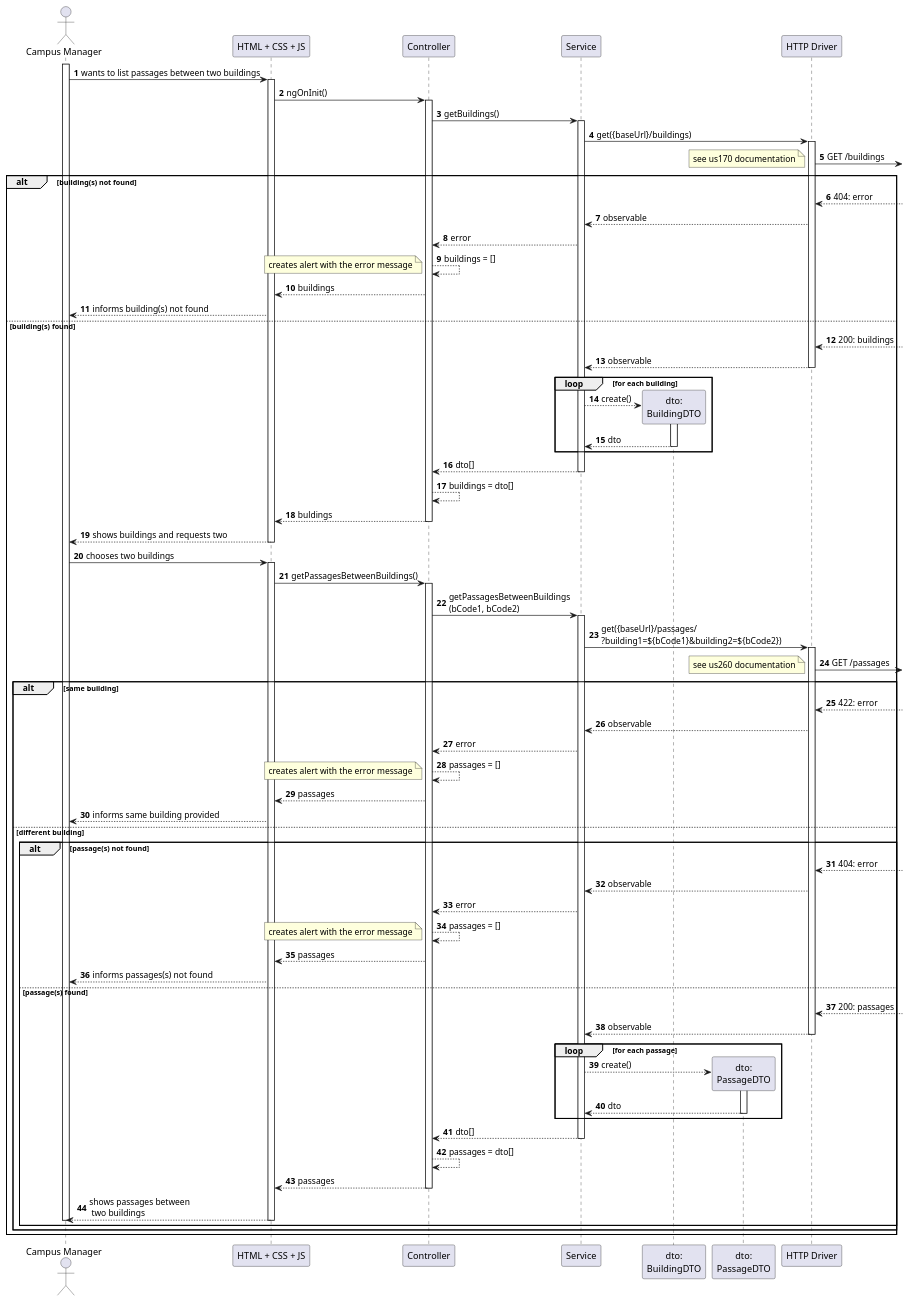
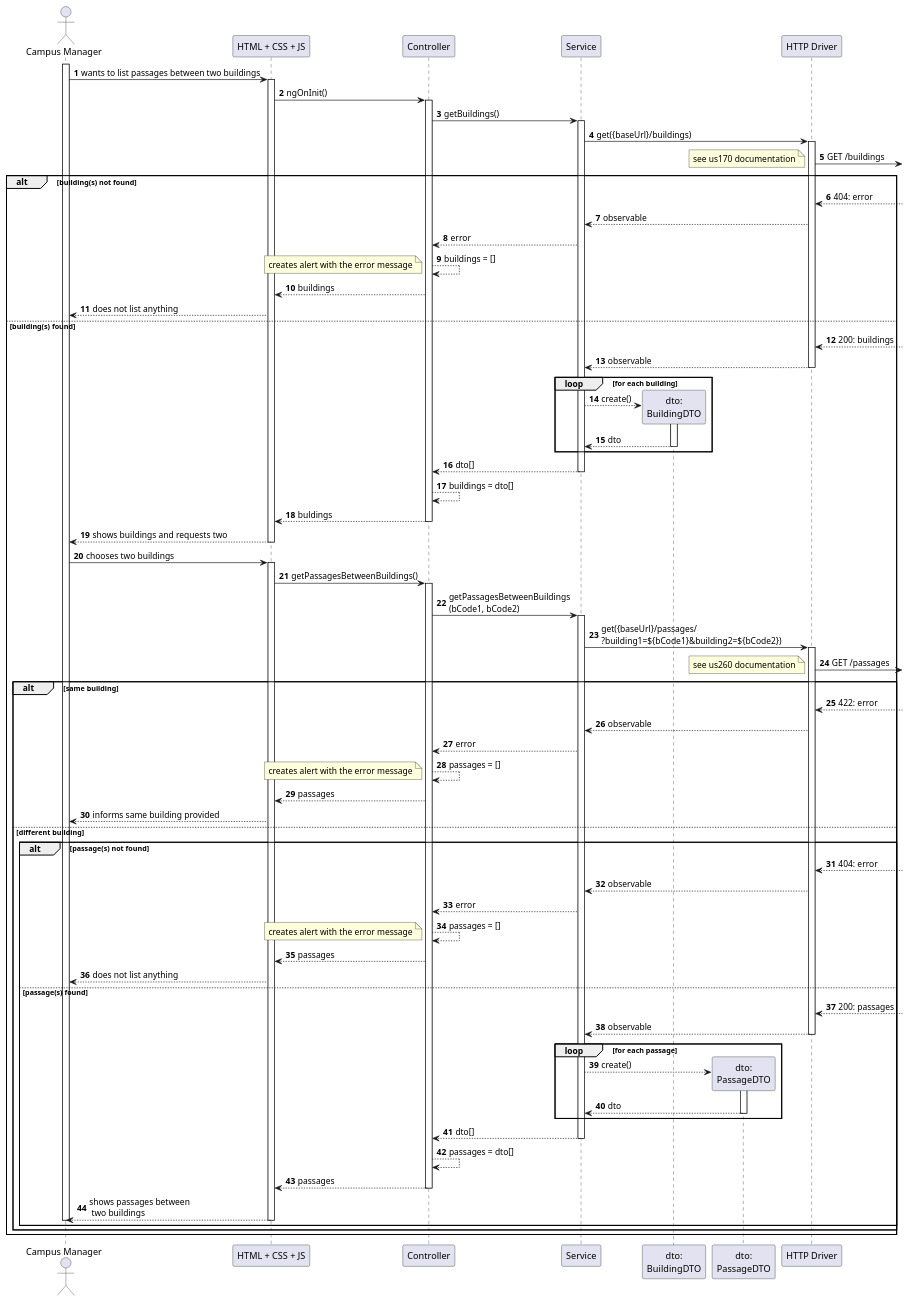
One commit to Departamento-de-Engenharia-Informatica/lapr5-23-24-g19 changed the diagram in docs/us1190/level3/process-view.puml. Above: the diagram before and after it, drawn with PlantUML. The commit also changed 8 other files, not shown here.

```diff
--- a/docs/us1190/level3/process-view.puml
+++ b/docs/us1190/level3/process-view.puml
@@ -1,123 +1,123 @@
 @startuml
 autonumber
 
 actor "Campus Manager" as usr
 
 participant "HTML + CSS + JS" as view
 participant "Controller" as ctrl
 participant "Service" as svc
 participant "dto:\nBuildingDTO" as dto
 participant "dto:\nPassageDTO" as dtop
 
 participant "HTTP Driver" as http
 
 
 
 activate usr
     usr -> view : wants to list passages between two buildings
     activate view
         view -> ctrl : ngOnInit()
         activate ctrl
             ctrl -> svc : getBuildings()
             activate svc
                 svc -> http : get({baseUrl}/buildings)
                 activate http
                     http ->] : GET /buildings
                     note right : see us170 documentation
 
 
     alt building(s) not found
                         http <--] : 404: error
                         http --> svc : observable
                         svc --> ctrl : error
                         ctrl --> ctrl : buildings = []
                         note bottom : creates alert with the error message
                         ctrl --> view : buildings
-                        view --> usr : informs building(s) not found
+                        view --> usr : does not list anything
 
     else building(s) found
                          http <--] : 200: buildings
 
 
                     http --> svc : observable
                 deactivate http
 
                 loop for each building
                     svc --> dto** : create()
                     activate dto
                         dto --> svc : dto
                     deactivate dto
                 end
 
                 svc --> ctrl : dto[]
             deactivate svc
             ctrl --> ctrl : buildings = dto[]
             ctrl --> view : buldings
         deactivate ctrl
 
 
 
 
 
         view --> usr : shows buildings and requests two
     deactivate view
 
     usr -> view : chooses two buildings
     activate view
         view -> ctrl : getPassagesBetweenBuildings()
         activate ctrl
             ctrl -> svc : getPassagesBetweenBuildings\n(bCode1, bCode2)
             activate svc
                 svc -> http : get({baseUrl}/passages/\n?building1=${bCode1}&building2=${bCode2})
                 activate http
                     http ->]  : GET /passages
 
                     note right : see us260 documentation
     alt same building
 
         http <--] : 422: error
         http --> svc : observable
         svc --> ctrl : error
         ctrl --> ctrl : passages = []
         note bottom : creates alert with the error message
         ctrl --> view : passages
         view --> usr : informs same building provided
 
     else different building
 
         alt passage(s) not found
                             http <--] : 404: error
                             http --> svc : observable
                             svc --> ctrl : error
                             ctrl --> ctrl : passages = []
                             note bottom : creates alert with the error message
                             ctrl --> view : passages
-                            view --> usr : informs passages(s) not found
+                            view --> usr : does not list anything
 
         else passage(s) found
                             http <--] : 200: passages
 
 
                         http --> svc : observable
                     deactivate http
 
                     loop for each passage
                         svc --> dtop** : create()
                         activate dtop
                             dtop --> svc : dto
                         deactivate dtop
                     end
 
                     svc --> ctrl : dto[]
                 deactivate svc
                 ctrl --> ctrl : passages = dto[]
                 ctrl --> view : passages
             deactivate ctrl
             view --> usr : shows passages between\n two buildings
         deactivate view
     deactivate usr
 end
 end
 end
 
 @enduml
```
